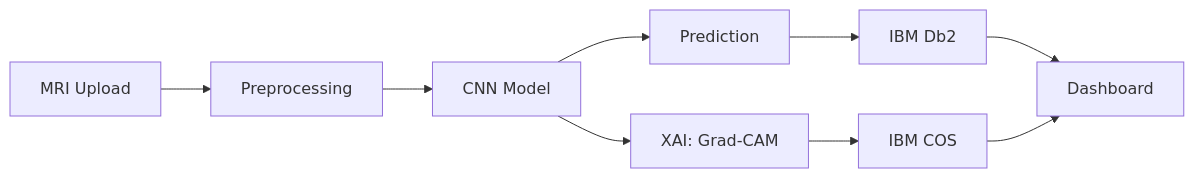
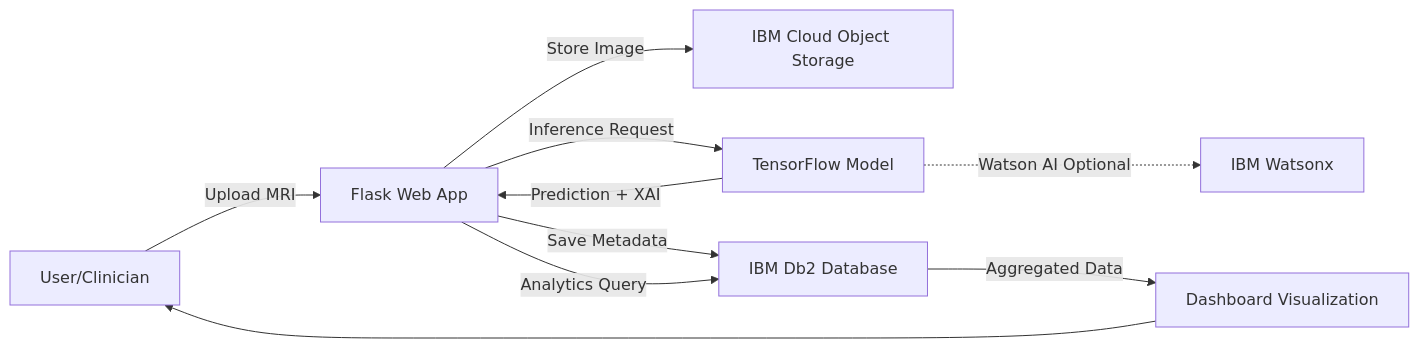
One commit to Darkwebnew/AI-Powered-Heart-MRI-Classification-for-Clinical-Decision-Support changed the diagram in README.md. Above: the diagram before and after it, drawn with Mermaid. The commit also changed other lines of this file, not shown here.

````diff
--- a/README.md
+++ b/README.md
@@ -95,11 +97,12 @@
 ```mermaid
 graph LR
-    A[MRI Upload] --> B[Preprocessing]
-    B --> C[CNN Model]
-    C --> D[Prediction]
-    C --> E[XAI: Grad-CAM]
-    D --> F[IBM Db2]
-    E --> G[IBM COS]
-    F --> H[Dashboard]
-    G --> H
+    A[User/Clinician] -->|Upload MRI| B[Flask Web App]
+    B -->|Store Image| C[IBM Cloud Object Storage]
+    B -->|Inference Request| D[TensorFlow Model]
+    D -->|Prediction + XAI| B
+    B -->|Save Metadata| E[IBM Db2 Database]
+    B -->|Analytics Query| E
+    E -->|Aggregated Data| F[Dashboard Visualization]
+    D -.->|Watson AI Optional| G[IBM Watsonx]
+    F --> A
 ```
````
